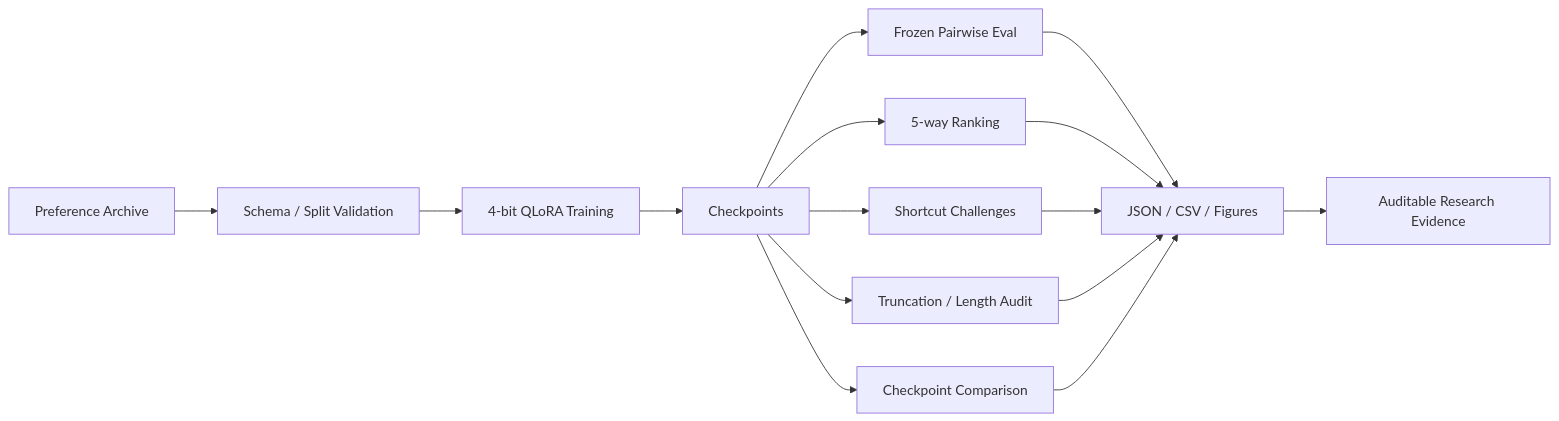
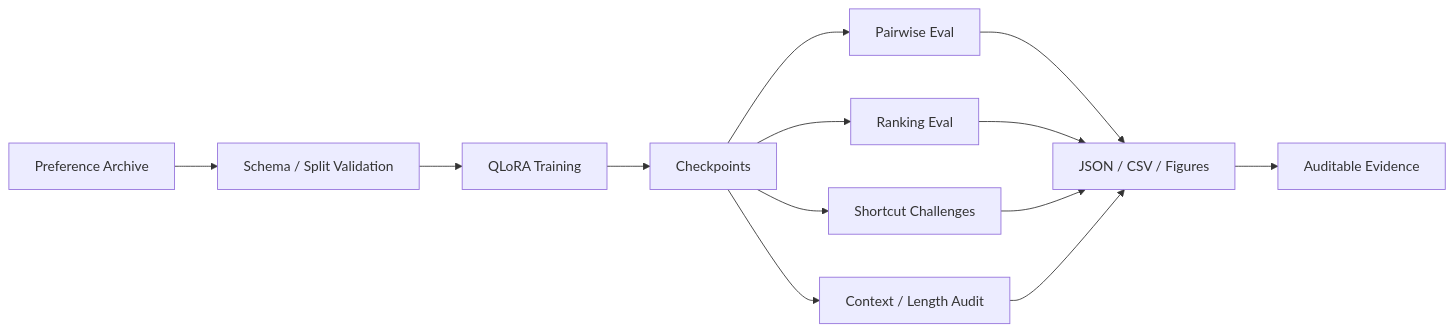
One commit to Benjamindaoson/reward-modeling-lab changed the second of 2 diagrams in .github/README.md. Above: the diagram before and after it, drawn with Mermaid. The commit also changed other lines of this file, not shown here.

Commit message:
style: redesign reward modeling landing page around results and evidence

````diff
--- a/.github/README.md
+++ b/.github/README.md
@@ -71,13 +108,12 @@
 ```mermaid
 flowchart LR
     A[Preference Archive] --> B[Schema / Split Validation]
-    B --> C[4-bit QLoRA Training]
+    B --> C[QLoRA Training]
     C --> D[Checkpoints]
-    D --> E[Frozen Pairwise Eval]
-    D --> F[5-way Ranking]
+    D --> E[Pairwise Eval]
+    D --> F[Ranking Eval]
     D --> G[Shortcut Challenges]
-    D --> H[Truncation / Length Audit]
-    D --> I[Checkpoint Comparison]
-    E & F & G & H & I --> J[JSON / CSV / Figures]
-    J --> K[Auditable Research Evidence]
+    D --> H[Context / Length Audit]
+    E & F & G & H --> I[JSON / CSV / Figures]
+    I --> J[Auditable Evidence]
 ```
````
